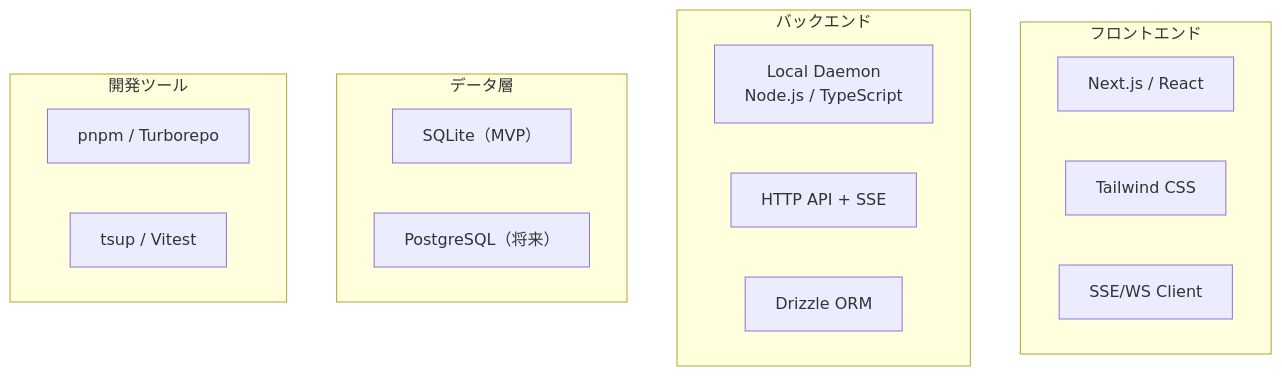
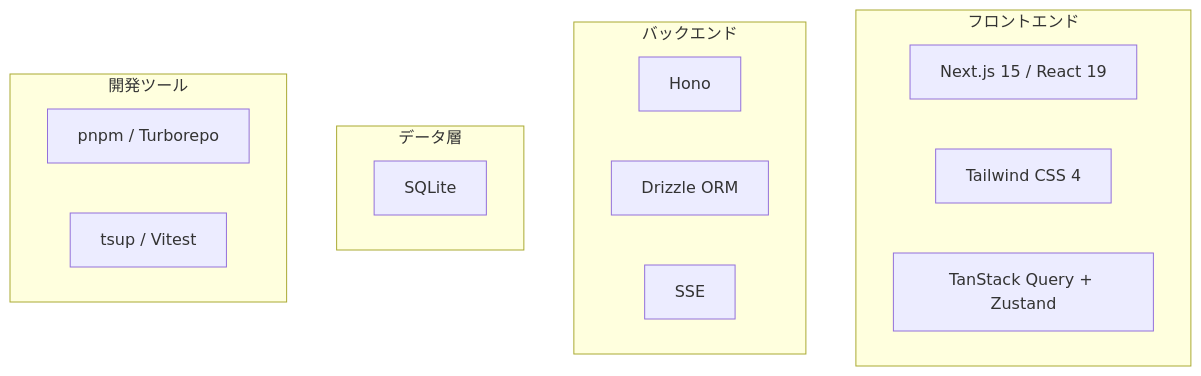
The diagram in docs/02-architecture/tech-stack.md (krtw00/AgentMine), drawn with Mermaid before and after one commit. The commit also changed other lines of this file, not shown here.

````diff
--- a/docs/02-architecture/tech-stack.md
+++ b/docs/02-architecture/tech-stack.md
@@ -19,24 +19,23 @@
 ```mermaid
 flowchart TB
     subgraph Frontend[フロントエンド]
-        F1[Next.js / React]
-        F2[Tailwind CSS]
-        F3[SSE/WS Client]
+        F1[Next.js 15 / React 19]
+        F2[Tailwind CSS 4]
+        F3[TanStack Query + Zustand]
     end
 
     subgraph Backend[バックエンド]
-        B1[Local Daemon<br/>Node.js / TypeScript]
-        B2[HTTP API + SSE]
-        B3[Drizzle ORM]
+        B1[Hono]
+        B2[Drizzle ORM]
+        B3[SSE]
     end
 
     subgraph Data[データ層]
-        D1[SQLite（MVP）]
-        D2[PostgreSQL（将来）]
+        D1[SQLite]
     end
 
     subgraph DevTools[開発ツール]
         T1[pnpm / Turborepo]
         T2[tsup / Vitest]
     end
 ```
````
